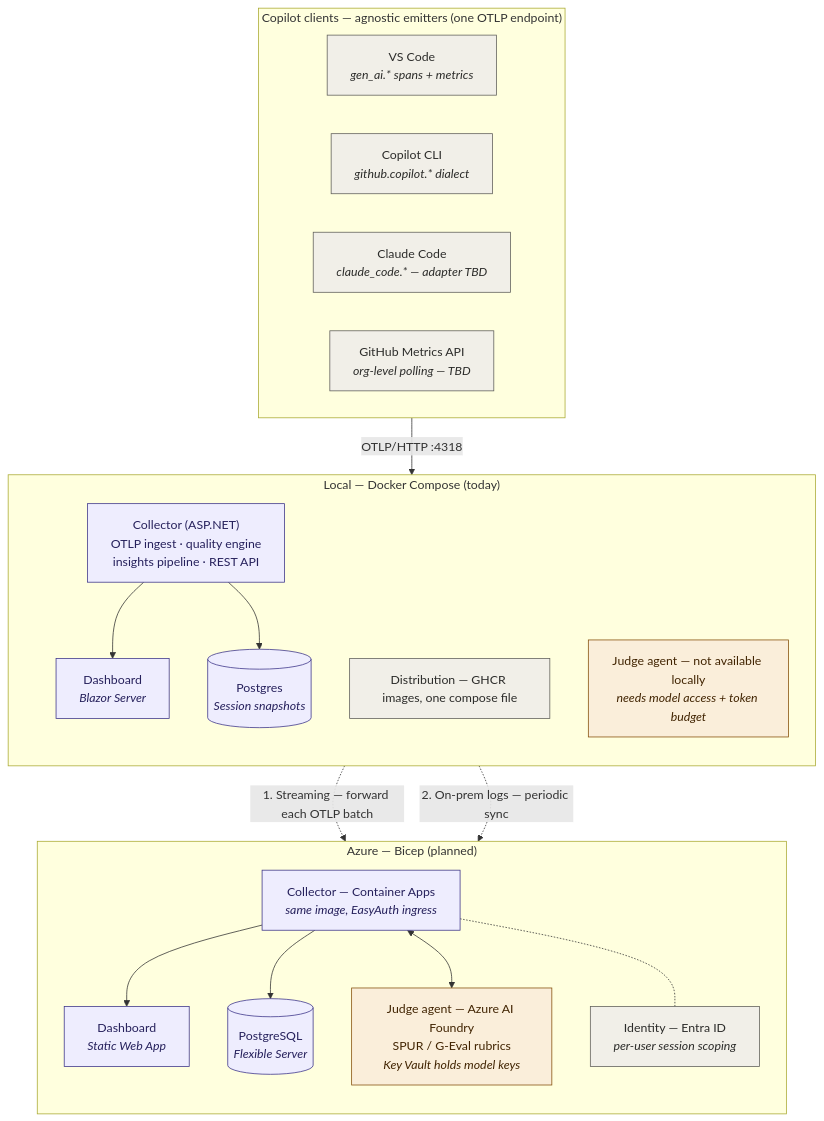
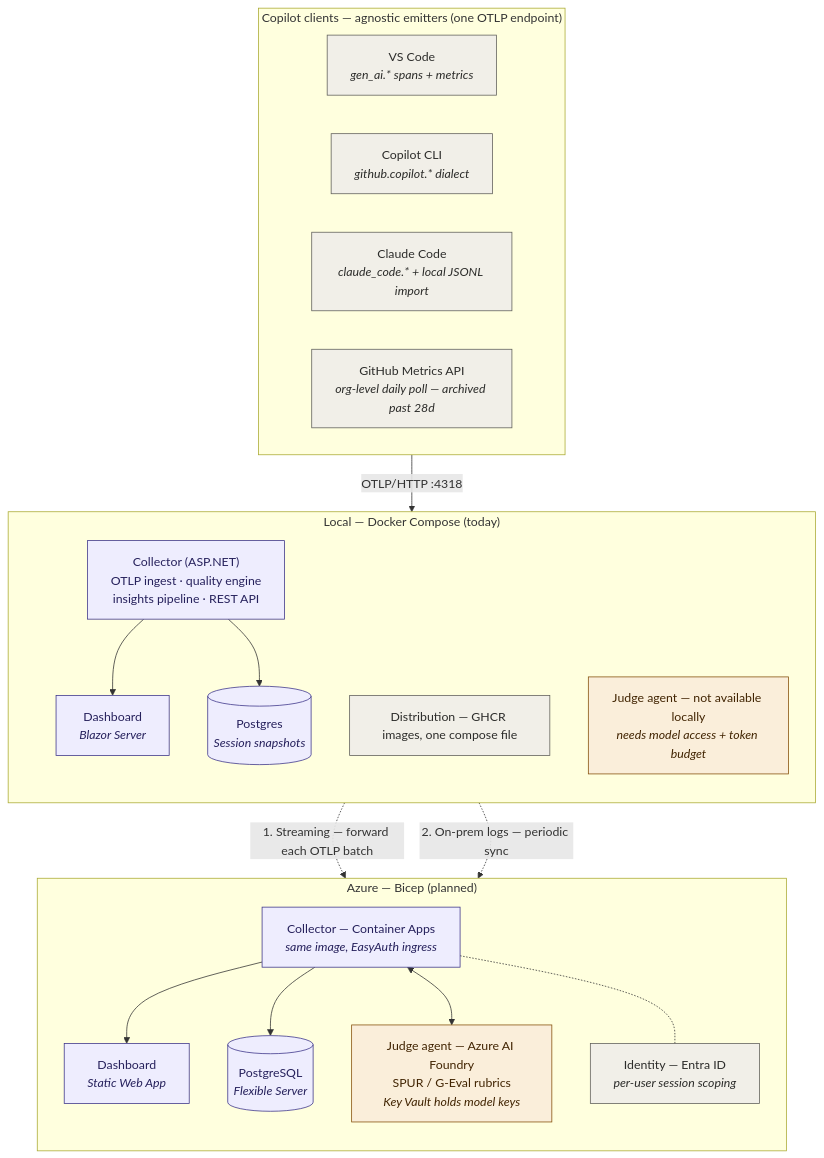
Before and after one commit to konradcinkusz/copilot-scope: the diagram in README.md, drawn with Mermaid. The commit also changed other lines of this file and 11 other files, not shown here.

````diff
--- a/README.md
+++ b/README.md
@@ -572,49 +586,49 @@
 ```mermaid
 %% CopilotScope architecture — clients, local deployment, cloud deployment
 flowchart TB
     subgraph Clients["Copilot clients — agnostic emitters (one OTLP endpoint)"]
         direction LR
         VSC["VS Code<br/><i>gen_ai.* spans + metrics</i>"]
         CLI["Copilot CLI<br/><i>github.copilot.* dialect</i>"]
-        CC["Claude Code<br/><i>claude_code.* — adapter TBD</i>"]
-        GH["GitHub Metrics API<br/><i>org-level polling — TBD</i>"]
+        CC["Claude Code<br/><i>claude_code.* + local JSONL import</i>"]
+        GH["GitHub Metrics API<br/><i>org-level daily poll — archived past 28d</i>"]
     end
 
     subgraph Local["Local — Docker Compose (today)"]
         direction TB
         LC["Collector (ASP.NET)<br/>OTLP ingest · quality engine<br/>insights pipeline · REST API"]
         LD["Dashboard<br/><i>Blazor Server</i>"]
         LP[("Postgres<br/><i>Session snapshots</i>")]
         LDist["Distribution — GHCR images, one compose file"]
         LJ["Judge agent — not available locally<br/><i>needs model access + token budget</i>"]
         LC --> LD
         LC --> LP
     end
 
     subgraph Azure["Azure — Bicep (planned)"]
         direction TB
         AC["Collector — Container Apps<br/><i>same image, EasyAuth ingress</i>"]
         AD["Dashboard<br/><i>Static Web App</i>"]
         AP[("PostgreSQL<br/><i>Flexible Server</i>")]
         AJ["Judge agent — Azure AI Foundry<br/>SPUR / G-Eval rubrics<br/><i>Key Vault holds model keys</i>"]
         AID["Identity — Entra ID<br/><i>per-user session scoping</i>"]
         AC --> AD
         AC --> AP
         AC <--> AJ
         AC -.- AID
     end
 
     Clients -- "OTLP/HTTP :4318" --> LC
 
     LC -. "1. Streaming — forward each OTLP batch" .-> AC
     LP -. "2. On-prem logs — periodic sync" .-> AC
 
     classDef external fill:#F1EFE8,stroke:#5F5E5A,stroke-width:1px,color:#2C2C2A
     classDef core fill:#EEEDFE,stroke:#3C3489,stroke-width:1px,color:#26215C
     classDef judge fill:#FAEEDA,stroke:#854F0B,stroke-width:1px,color:#412402
     classDef sync fill:#FAECE7,stroke:#993C1D,stroke-width:1px,color:#4A1B0C
 
     class VSC,CLI,CC,GH,LDist,AID external
     class LC,LD,LP,AC,AD,AP core
     class LJ,AJ judge
 ```
````
